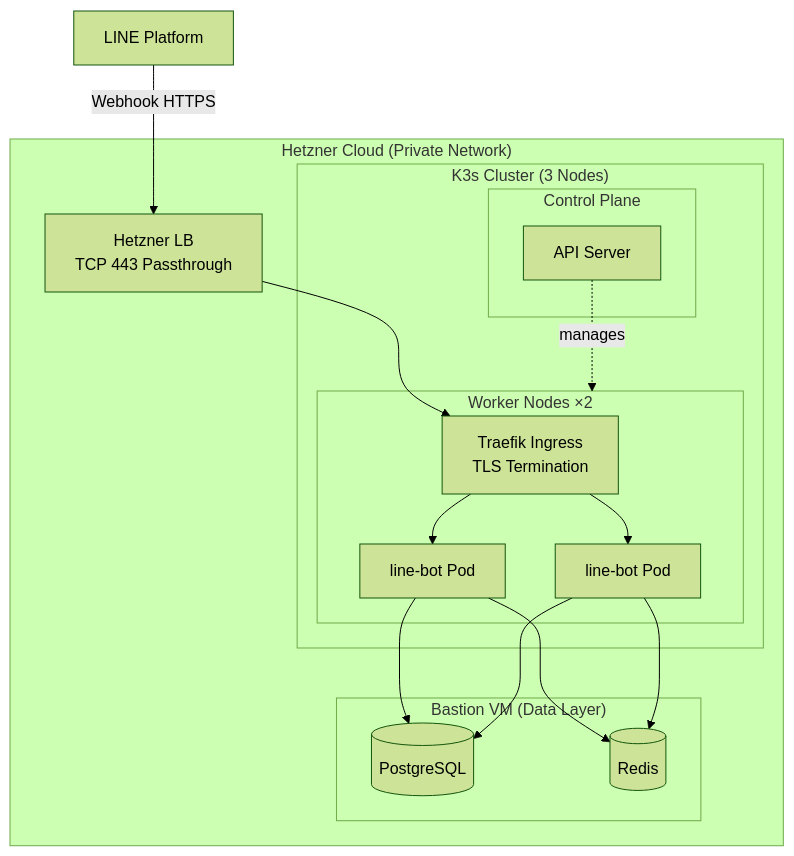
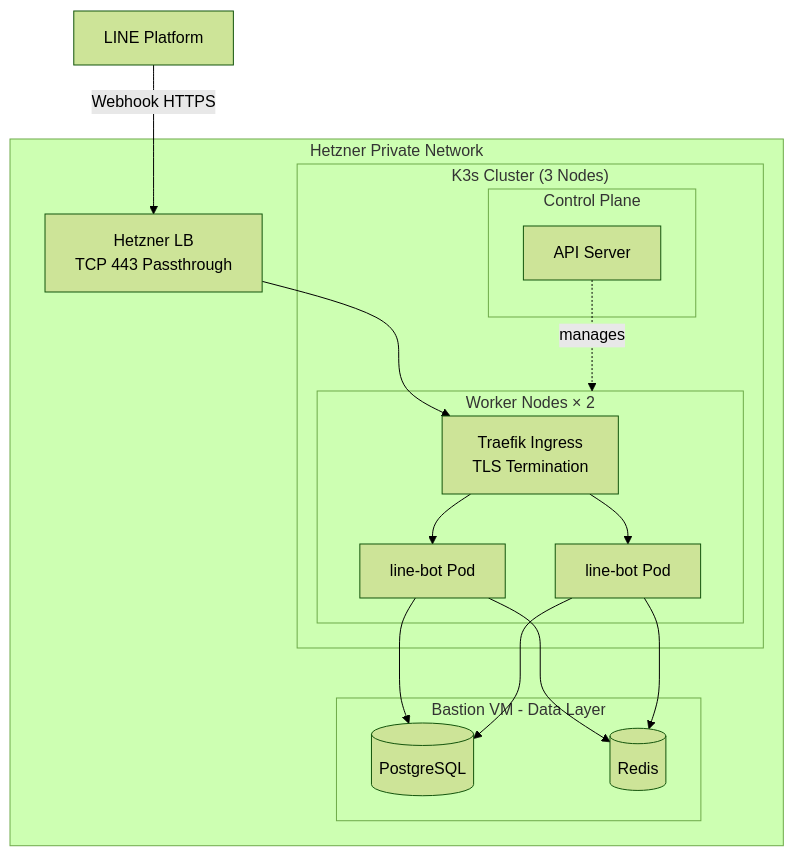
The diagram in README.md (kyomind/weamind-infra), drawn with Mermaid (forest theme) before and after one commit.

Commit message:
Refine Hetzner network and bastion VM descriptions

````diff
--- a/README.md
+++ b/README.md
@@ -15,35 +15,35 @@
 ```mermaid
 flowchart TD
     LINE[LINE Platform] -->|Webhook HTTPS| LB
 
-    subgraph Hetzner["Hetzner Cloud (Private Network)"]
+    subgraph Hetzner["Hetzner Private Network"]
         LB[Hetzner LB<br/>TCP 443 Passthrough]
 
         subgraph K3s["K3s Cluster (3 Nodes)"]
             subgraph CP["Control Plane"]
                 API[API Server]
             end
 
-            subgraph Workers["Worker Nodes ×2"]
+            subgraph Workers["Worker Nodes × 2"]
                 Ingress[Traefik Ingress<br/>TLS Termination]
                 Pod1[line-bot Pod]
                 Pod2[line-bot Pod]
             end
 
             API -.->|manages| Workers
         end
 
-        subgraph Bastion["Bastion VM (Data Layer)"]
+        subgraph Bastion["Bastion VM - Data Layer"]
             PG[(PostgreSQL)]
             Redis[(Redis)]
         end
     end
 
     LB --> Ingress
     Ingress --> Pod1
     Ingress --> Pod2
     Pod1 --> PG
     Pod1 --> Redis
     Pod2 --> PG
     Pod2 --> Redis
 ```
````
